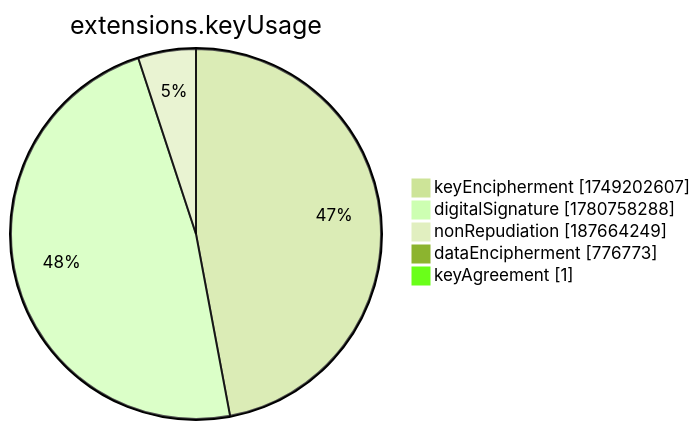
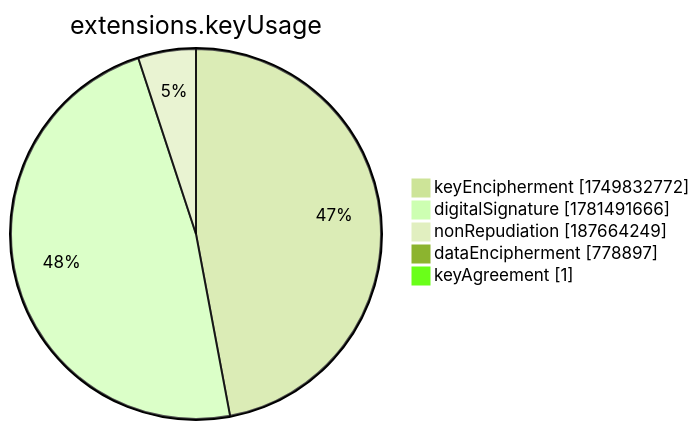
One commit to christiankrug/ctmonitor_visualization changed the seventh of 15 diagrams in xenon2022/README.md. Above: the diagram before and after it, drawn with Mermaid (forest theme). The commit also changed other lines of this file, not shown here.

````diff
--- a/xenon2022/README.md
+++ b/xenon2022/README.md
@@ -2859,9 +2859,9 @@
 ```mermaid
 pie showData
 title extensions.keyUsage
-"keyEncipherment" :1749202607
-"digitalSignature" :1780758288
+"keyEncipherment" :1749832772
+"digitalSignature" :1781491666
 "nonRepudiation" :187664249
-"dataEncipherment" :776773
+"dataEncipherment" :778897
 "keyAgreement" :1
 ```
````
